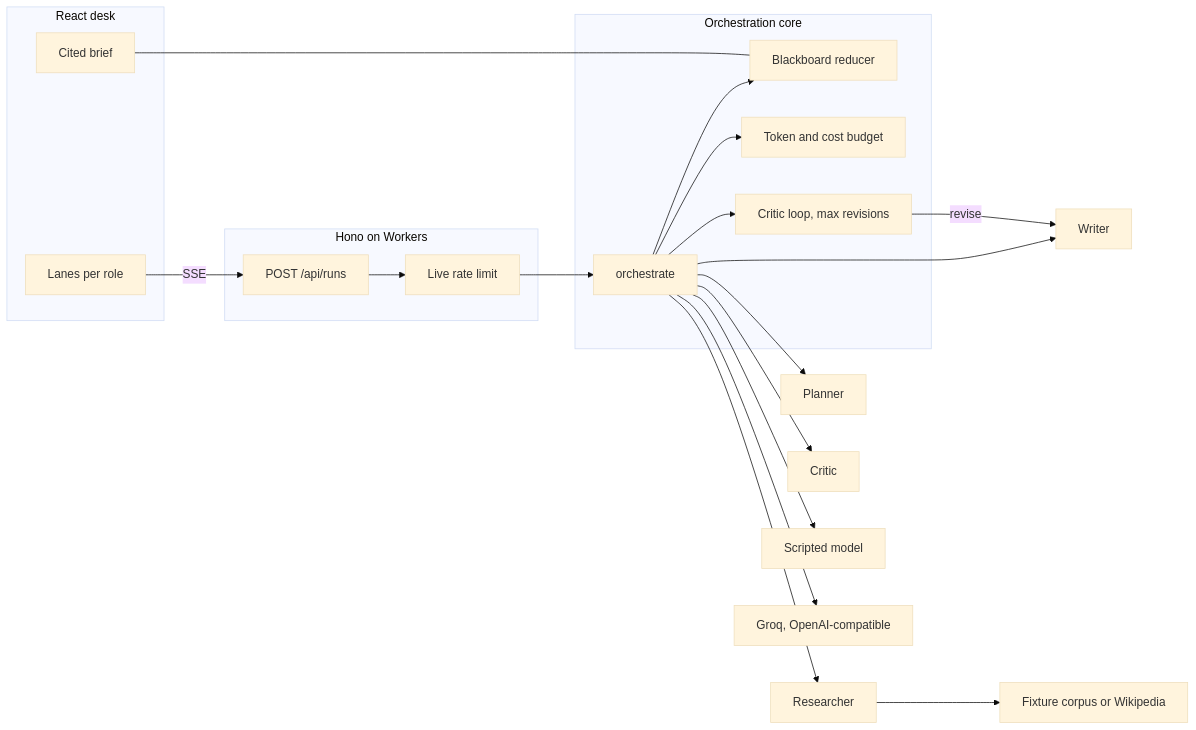
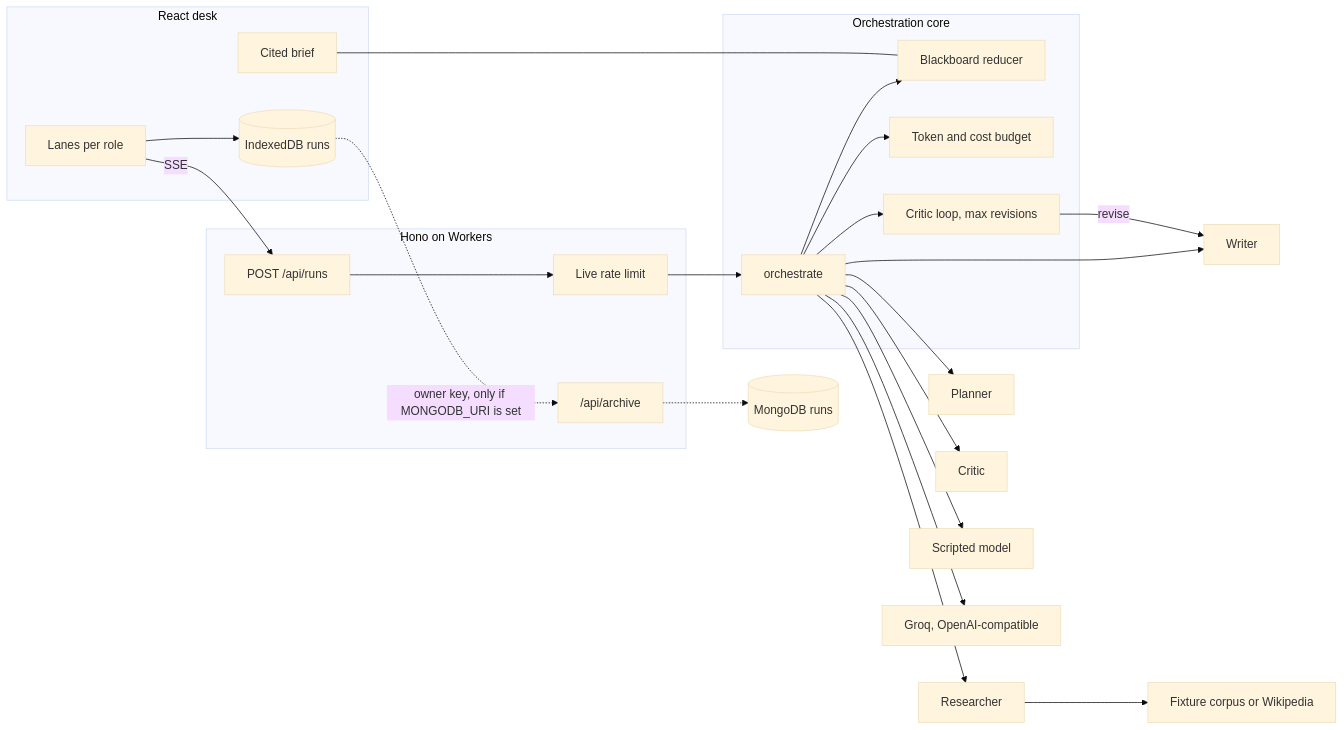
One commit to kfairy9999/agent-crew changed the diagram in README.md. Above: the diagram before and after it, drawn with Mermaid (base theme). The commit also changed other lines of this file and 26 other files, not shown here.

First line of the commit message:
Persist research runs in IndexedDB, with optional MongoDB

````diff
--- a/README.md
+++ b/README.md
@@ -37,32 +37,37 @@
 ```mermaid
 flowchart LR
   subgraph desk [React desk]
     Lanes[Lanes per role]
     Paper[Cited brief]
+    IDB[(IndexedDB runs)]
   end
   subgraph worker [Hono on Workers]
     API["POST /api/runs"]
+    Archive["/api/archive"]
     Gate[Live rate limit]
   end
   subgraph core [Orchestration core]
     Orch[orchestrate]
     Board[Blackboard reducer]
     Budget[Token and cost budget]
     Cap[Critic loop, max revisions]
   end
   Lanes -->|SSE| API
   API --> Gate
   Gate --> Orch
   Orch --> Board
   Orch --> Budget
   Orch --> Cap
   Orch --> Planner
   Orch --> Researcher
   Researcher --> Search[Fixture corpus or Wikipedia]
   Orch --> Writer
   Cap -->|revise| Writer
   Orch --> Critic
   Orch --> Demo[Scripted model]
   Orch --> Groq["Groq, OpenAI-compatible"]
   Paper --- Board
+  Lanes --> IDB
+  IDB -.->|owner key, only if MONGODB_URI is set| Archive
+  Archive -.-> Mongo[(MongoDB runs)]
 ```
````
